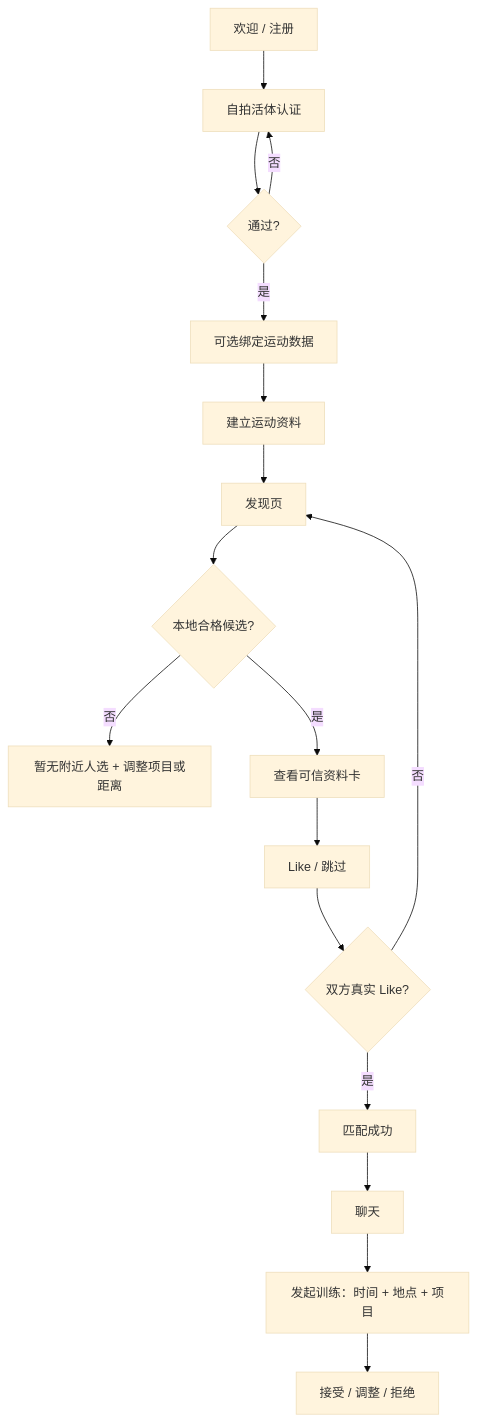
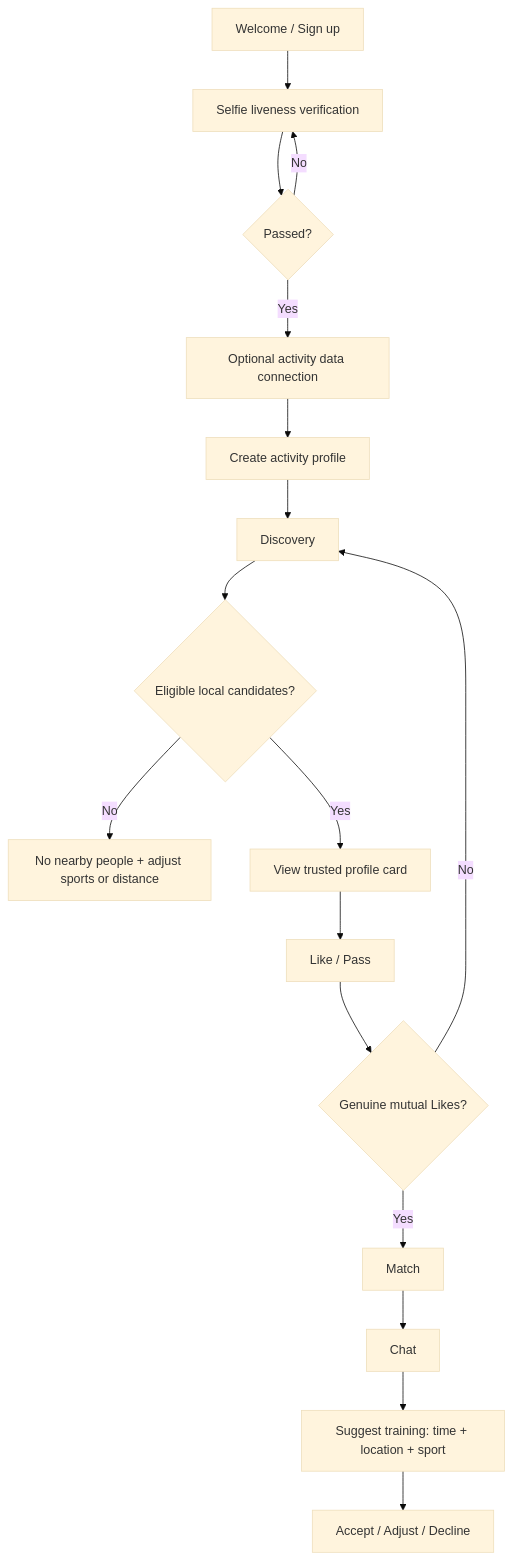
Before and after one commit to kev1nwuu/pace-sport-dating: the first of 2 diagrams in PRODUCT_SPEC.md, drawn with Mermaid (base theme). The commit also changed other lines of this file and 6 other files, not shown here.

````diff
--- a/PRODUCT_SPEC.md
+++ b/PRODUCT_SPEC.md
@@ -62,19 +62,19 @@
 ```mermaid
 flowchart TD
-  A[欢迎 / 注册] --> B[自拍活体认证]
-  B --> C{通过?}
-  C -- 否 --> B
-  C -- 是 --> D[可选绑定运动数据]
-  D --> E[建立运动资料]
-  E --> F[发现页]
-  F --> G{本地合格候选?}
-  G -- 否 --> H[暂无附近人选 + 调整项目或距离]
-  G -- 是 --> I[查看可信资料卡]
-  I --> J[Like / 跳过]
-  J --> K{双方真实 Like?}
-  K -- 否 --> F
-  K -- 是 --> L[匹配成功]
-  L --> M[聊天]
-  M --> N[发起训练：时间 + 地点 + 项目]
-  N --> O[接受 / 调整 / 拒绝]
+  A[Welcome / Sign up] --> B[Selfie liveness verification]
+  B --> C{Passed?}
+  C -- No --> B
+  C -- Yes --> D[Optional activity data connection]
+  D --> E[Create activity profile]
+  E --> F[Discovery]
+  F --> G{Eligible local candidates?}
+  G -- No --> H[No nearby people + adjust sports or distance]
+  G -- Yes --> I[View trusted profile card]
+  I --> J[Like / Pass]
+  J --> K{Genuine mutual Likes?}
+  K -- No --> F
+  K -- Yes --> L[Match]
+  L --> M[Chat]
+  M --> N[Suggest training: time + location + sport]
+  N --> O[Accept / Adjust / Decline]
 ```
````
